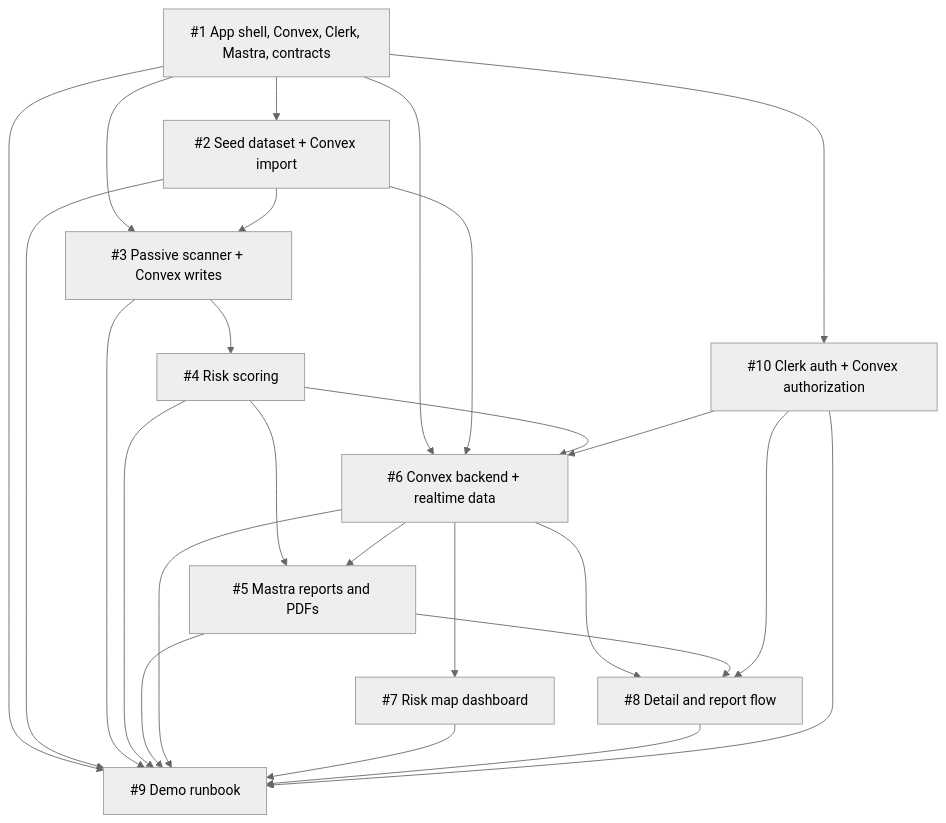
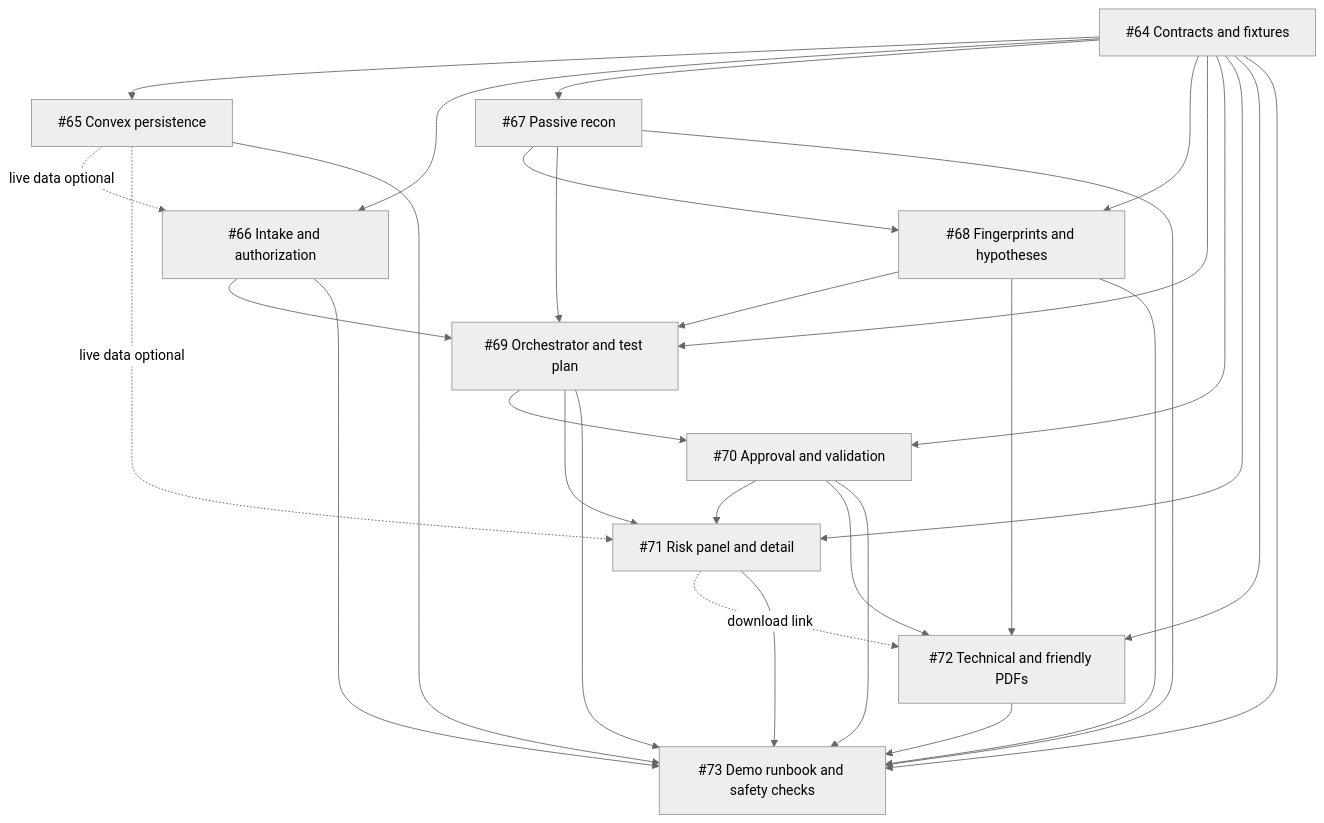
One commit to jerif118/OpenBreach changed the second of 3 diagrams in README.md. Above: the diagram before and after it, drawn with Mermaid (neutral theme). The commit also changed other lines of this file, not shown here.

First line of the commit message:
docs(readme): pivot to OpenBreach authorized validation MVP

````diff
--- a/README.md
+++ b/README.md
@@ -509,38 +217,43 @@
 ```mermaid
 flowchart TD
-  I1["#1 App shell, Convex, Clerk, Mastra, contracts"]
-  I2["#2 Seed dataset + Convex import"]
-  I3["#3 Passive scanner + Convex writes"]
-  I4["#4 Risk scoring"]
-  I5["#5 Mastra reports and PDFs"]
-  I6["#6 Convex backend + realtime data"]
-  I7["#7 Risk map dashboard"]
-  I8["#8 Detail and report flow"]
-  I9["#9 Demo runbook"]
-  I10["#10 Clerk auth + Convex authorization"]
+  I64["#64 Contracts and fixtures"]
+  I65["#65 Convex persistence"]
+  I66["#66 Intake and authorization"]
+  I67["#67 Passive recon"]
+  I68["#68 Fingerprints and hypotheses"]
+  I69["#69 Orchestrator and test plan"]
+  I70["#70 Approval and validation"]
+  I71["#71 Risk panel and detail"]
+  I72["#72 Technical and friendly PDFs"]
+  I73["#73 Demo runbook and safety checks"]
 
-  I1 --> I2
-  I1 --> I3
-  I1 --> I10
-  I2 --> I3
-  I3 --> I4
-  I1 --> I6
-  I2 --> I6
-  I4 --> I6
-  I10 --> I6
-  I4 --> I5
-  I6 --> I5
-  I6 --> I7
-  I6 --> I8
-  I5 --> I8
-  I10 --> I8
-  I1 --> I9
-  I2 --> I9
-  I3 --> I9
-  I4 --> I9
-  I5 --> I9
-  I6 --> I9
-  I7 --> I9
-  I8 --> I9
-  I10 --> I9
+  I64 --> I65
+  I64 --> I66
+  I64 --> I67
+  I64 --> I68
+  I64 --> I69
+  I64 --> I70
+  I64 --> I71
+  I64 --> I72
+  I65 -. "live data optional" .-> I66
+  I65 -. "live data optional" .-> I71
+  I67 --> I68
+  I66 --> I69
+  I67 --> I69
+  I68 --> I69
+  I69 --> I70
+  I69 --> I71
+  I70 --> I71
+  I68 --> I72
+  I70 --> I72
+  I71 -. "download link" .-> I72
+  I64 --> I73
+  I65 --> I73
+  I66 --> I73
+  I67 --> I73
+  I68 --> I73
+  I69 --> I73
+  I70 --> I73
+  I71 --> I73
+  I72 --> I73
 ```
````
